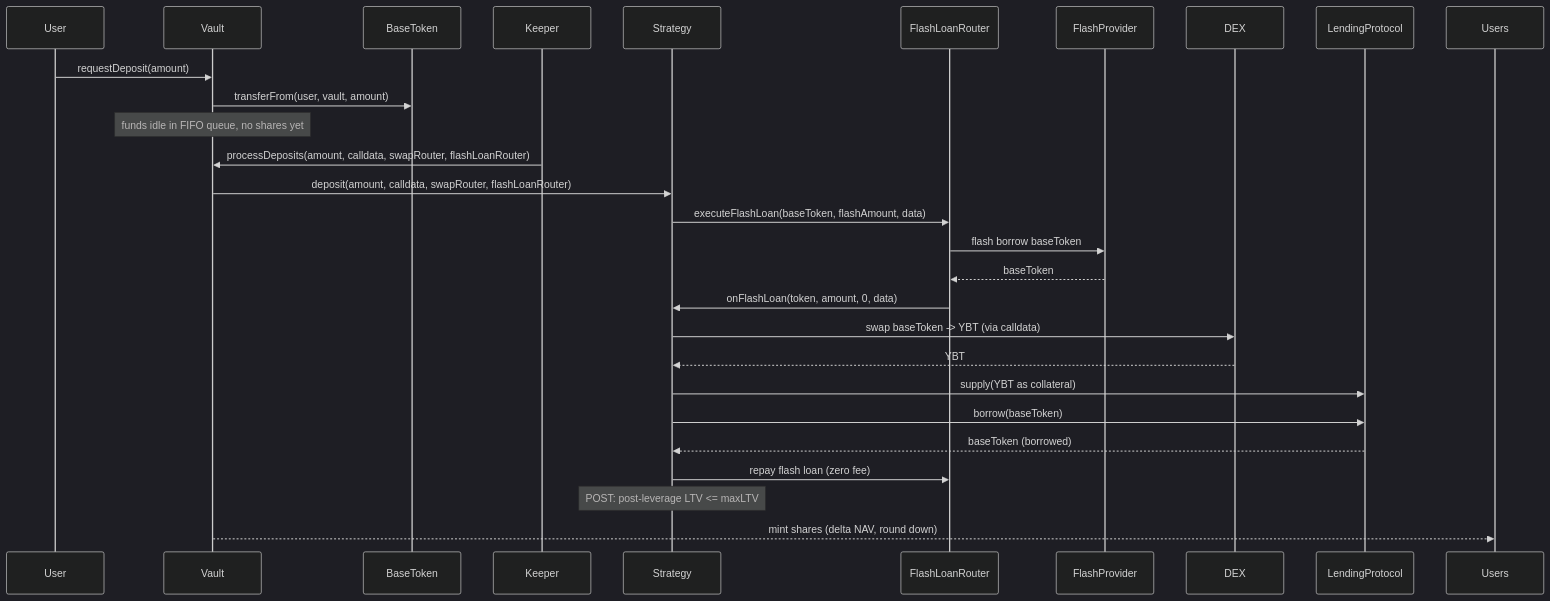
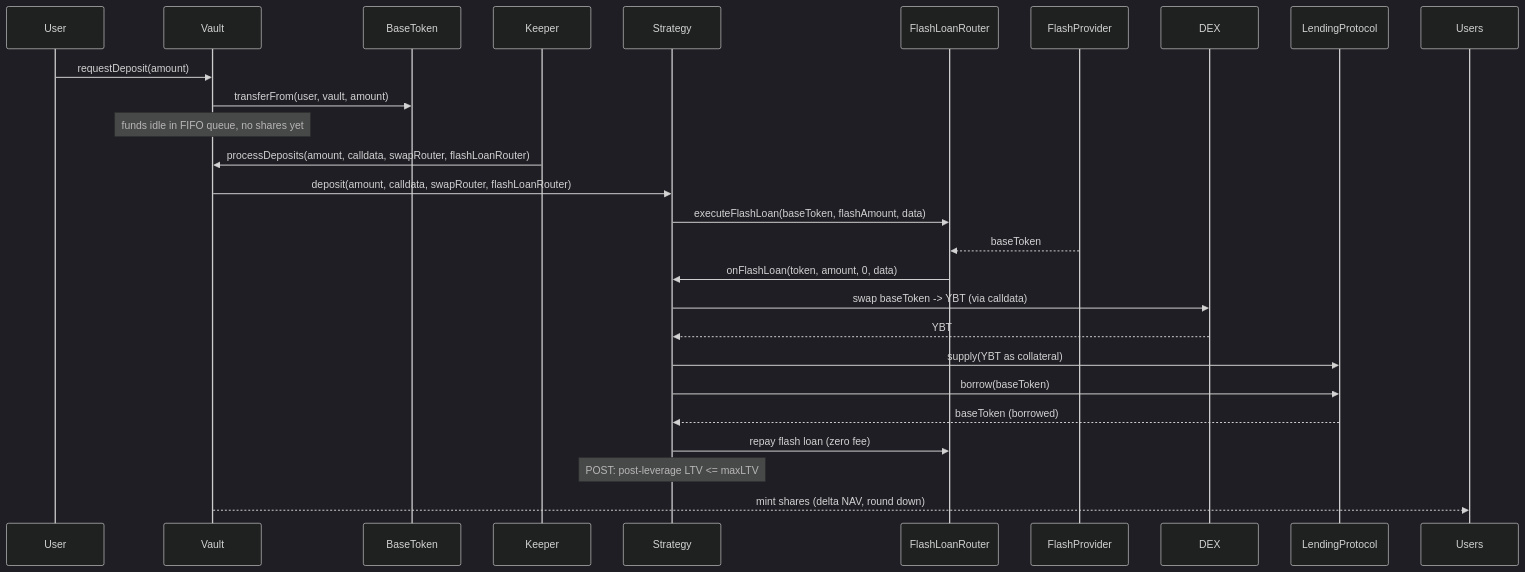
The first of 8 diagrams in docs/architecture/token-flows.md (evgenynacu/leverage-vaults), drawn with Mermaid (dark theme) before and after one commit. The commit also changed other lines of this file and 18 other files, not shown here.

````diff
--- a/docs/architecture/token-flows.md
+++ b/docs/architecture/token-flows.md
@@ -7,20 +7,19 @@
 ```mermaid
 sequenceDiagram
     User->>Vault: requestDeposit(amount)
     Vault->>BaseToken: transferFrom(user, vault, amount)
     Note over Vault: funds idle in FIFO queue, no shares yet
     Keeper->>Vault: processDeposits(amount, calldata, swapRouter, flashLoanRouter)
     Vault->>Strategy: deposit(amount, calldata, swapRouter, flashLoanRouter)
     Strategy->>FlashLoanRouter: executeFlashLoan(baseToken, flashAmount, data)
-    FlashLoanRouter->>FlashProvider: flash borrow baseToken
     FlashProvider-->>FlashLoanRouter: baseToken
     FlashLoanRouter->>Strategy: onFlashLoan(token, amount, 0, data)
     Strategy->>DEX: swap baseToken -> YBT (via calldata)
     DEX-->>Strategy: YBT
     Strategy->>LendingProtocol: supply(YBT as collateral)
     Strategy->>LendingProtocol: borrow(baseToken)
     LendingProtocol-->>Strategy: baseToken (borrowed)
     Strategy->>FlashLoanRouter: repay flash loan (zero fee)
     Note over Strategy: POST: post-leverage LTV <= maxLTV
     Vault-->>Users: mint shares (delta NAV, round down)
 ```
````
